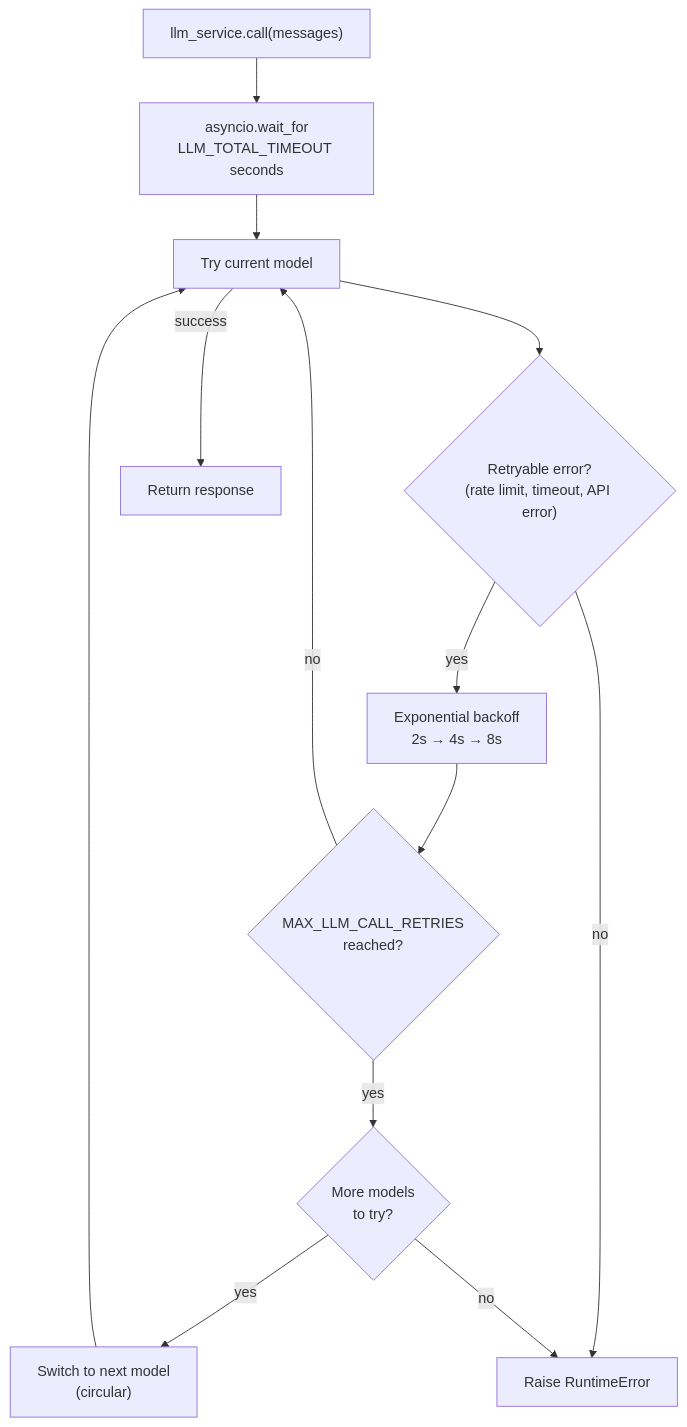
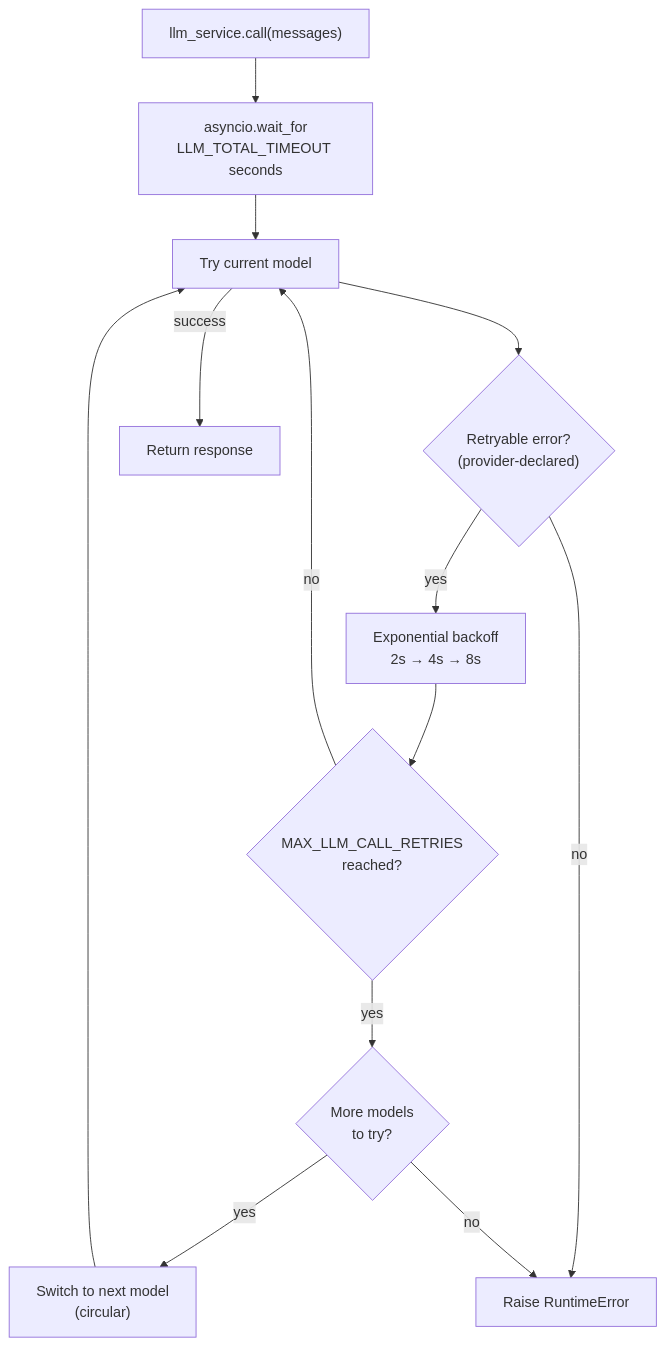
One commit to DYL521/fastapi-langgraph-agent-production-ready-template changed the diagram in docs/llm-service.md. Above: the diagram before and after it, drawn with Mermaid. The commit also changed other lines of this file and 7 other files, not shown here.

Commit message:
docs: update LLM provider docs for provider-agnostic architecture

````diff
--- a/docs/llm-service.md
+++ b/docs/llm-service.md
@@ -29,23 +35,23 @@
 ```mermaid
 flowchart TD
     Call["llm_service.call(messages)"]
     TotalTimeout["asyncio.wait_for\nLLM_TOTAL_TIMEOUT seconds"]
     Try["Try current model"]
-    Retry{"Retryable error?\n(rate limit, timeout, API error)"}
+    Retry{"Retryable error?\n(provider-declared)"}
     MaxRetries{"MAX_LLM_CALL_RETRIES\nreached?"}
     NextModel{"More models\nto try?"}
     Backoff["Exponential backoff\n2s → 4s → 8s"]
     Switch["Switch to next model\n(circular)"]
     Success["Return response"]
     Fail["Raise RuntimeError"]
 
     Call --> TotalTimeout --> Try
     Try --> Retry
     Retry -->|yes| Backoff --> MaxRetries
     MaxRetries -->|no| Try
     MaxRetries -->|yes| NextModel
     Retry -->|no| Fail
     NextModel -->|yes| Switch --> Try
     NextModel -->|no| Fail
     Try -->|success| Success
 ```
````
